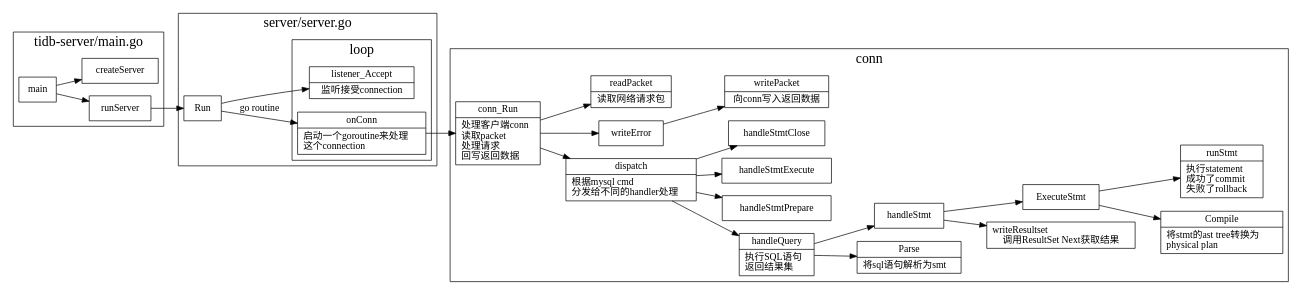
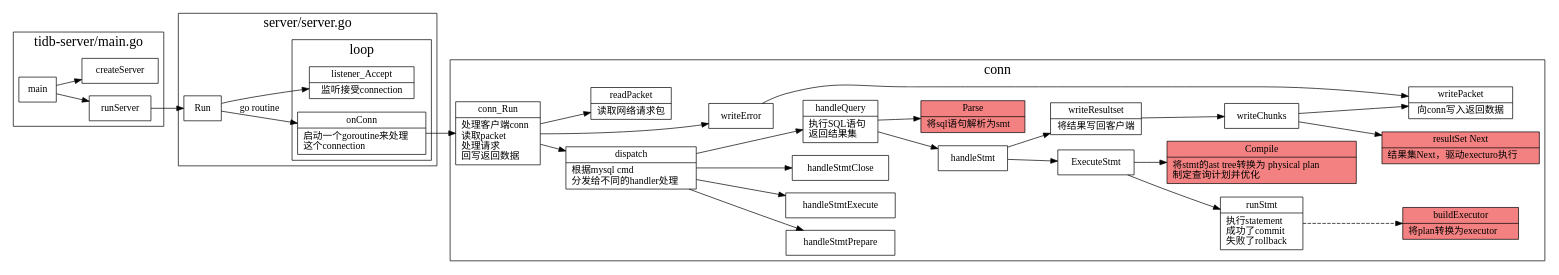
Before and after one commit to xieyu/blog: the diagram in src/tidb/dot/tidb-server-main.dot, drawn with Graphviz. The commit also changed 10 other files, not shown here.

```diff
--- a/src/tidb/dot/tidb-server-main.dot
+++ b/src/tidb/dot/tidb-server-main.dot
@@ -1,139 +1,169 @@
 digraph tidb_main_server {
   node[shape=box];
   newrank=true;
   rankdir=LR;
 
   subgraph cluster_main {
     graph[label="tidb-server/main.go";fontsize=20;];
     main ->{
       runServer;
       createServer;
     };
   };
   runServer -> server_Run;
 
   subgraph cluster_server {
     graph[label="server/server.go";fontsize=20;];
     subgraph cluster_forloop {
       graph[label="loop";fontsize=20;]
       onConn[
         shape="record";
         label="{{
           onConn|
           启动一个goroutine来处理\l
           这个connection\l
         }}";
       ];
       listener_Accept[label="listener.Accept"];
       listener_Accept[
         shape="record";
         label="{{
           listener_Accept|
           监听接受connection
         }}";
       ];
     }
     server_Run[label="Run"];
     server_Run -> onConn[label="go routine"];
     server_Run -> {
       listener_Accept;
     };
   };
 
   onConn -> conn_Run;
   subgraph cluster_conn {
     graph[label="conn";fontsize=20;]
     conn_Run[label="Run"];
     conn_Run[
       shape="record";
       label="{{
         conn_Run|
         处理客户端conn\l
         读取packet\l
         处理请求\l
         回写返回数据\l
       }}";
     ];
     dispatch[
       shape="record";
       label="{{
         dispatch|
         根据mysql cmd\l
         分发给不同的handler处理\l
       }}";
     ];
     writeError -> writePacket;
     readPacket[
       shape="record";
       label="{{
         readPacket|
         读取网络请求包
       }}";
     ];
     writePacket[
       shape="record";
       label="{{
         writePacket|
         向conn写入返回数据
       }}";
     ];
     conn_Run -> {
       dispatch;
       writeError;
       readPacket;
     };
 
     dispatch -> {
       handleQuery;
       handleStmtPrepare;
       handleStmtExecute;
       handleStmtClose;
     };
-    writeResultset[label="writeResultset\l 调用ResultSet Next获取结果"];
+    writeResultset[
+      shape="record";
+      label="{{
+        writeResultset|
+        将结果写回客户端
+      }}";
+    ];
+    writeResultset -> writeChunks -> rs_Next;
+    writeChunks -> writePacket;
+    rs_Next[
+      fillcolor="#f38181";
+      style=filled;
+      shape="record";
+      label="{{
+        resultSet Next|
+        结果集Next，驱动execturo执行\l
+      }}";
+    ];
     handleQuery[
       shape="record";
       label="{{
         handleQuery|
         执行SQL语句\l
         返回结果集\l
       }}";
     ];
-
     Parse[
       shape="record";
+      fillcolor="#f38181";
+      style=filled;
       label="{{
         Parse|
         将sql语句解析为smt\l
       }}";
     ];
     handleQuery -> {
       Parse;
       handleStmt;
     }
     handleStmt -> {
       ExecuteStmt;
       writeResultset;
     }
     ExecuteStmt -> {
       Compile;
       runStmt;
     }
+    runStmt -> buildExecutor[style=dashed]
+    buildExecutor[
+      shape="record";
+      fillcolor="#f38181";
+      style=filled;
+      label="{{
+        buildExecutor|
+        将plan转换为executor\l
+      }}";
+    ];
     Compile[
       shape="record";
+      fillcolor="#f38181";
+      style=filled;
       label="{{
         Compile|
-        将stmt的ast tree转换为\l
-        physical plan\l
+        将stmt的ast tree转换为 physical plan\l
+        制定查询计划并优化\l
       }}";
     ];
     runStmt[
       shape="record";
       label="{{
         runStmt|
         执行statement\l
         成功了commit\l
         失败了rollback\l
       }}";
     ];
   }
 }
```
